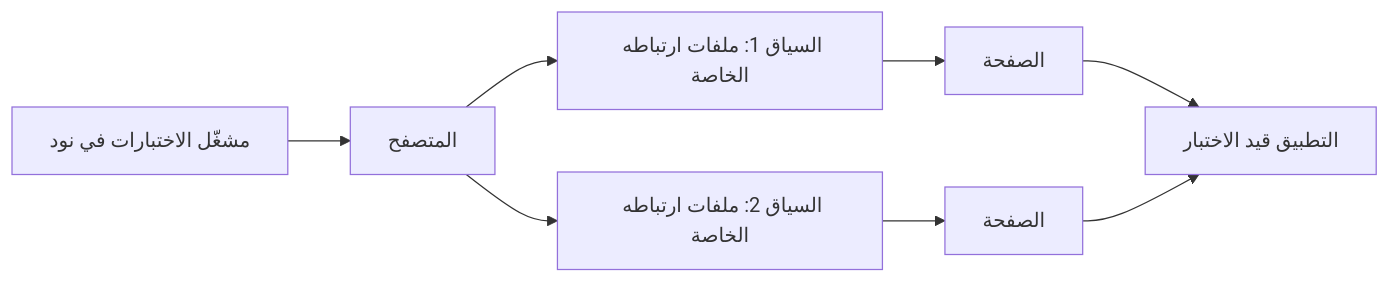
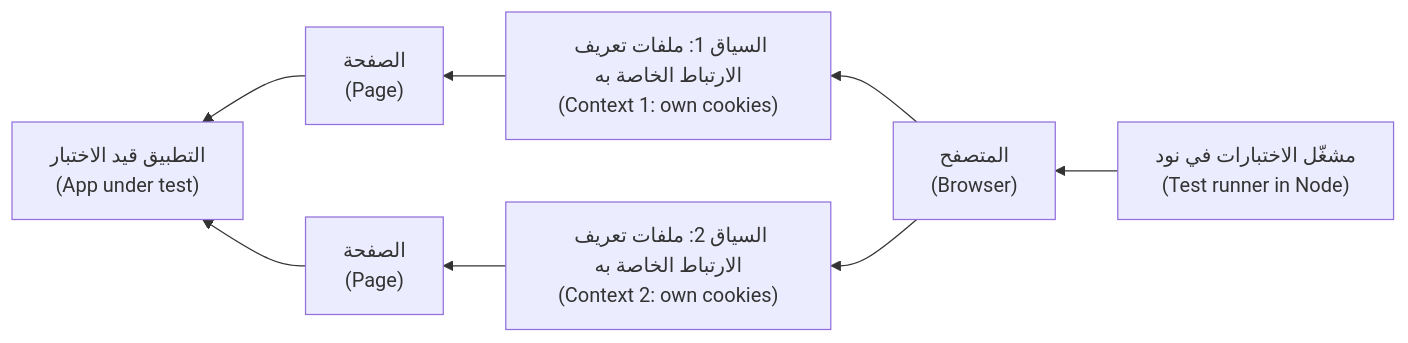
The diagram in testing/modules/03-interfaces.ar.md (Tamoura/system-design-for-vibe-coders), drawn with Mermaid before and after one commit. The commit also changed other lines of this file and 39 other files, not shown here.

````diff
--- a/testing/modules/03-interfaces.ar.md
+++ b/testing/modules/03-interfaces.ar.md
@@ -460,10 +460,10 @@
 ```mermaid
-flowchart LR
-    R["مشغّل الاختبارات في نود"] --> B["المتصفح"]
-    B --> C1["السياق 1: ملفات ارتباطه الخاصة"]
-    B --> C2["السياق 2: ملفات ارتباطه الخاصة"]
-    C1 --> P1["الصفحة"]
-    C2 --> P2["الصفحة"]
-    P1 --> S["التطبيق قيد الاختبار"]
+flowchart RL
+    R["مشغّل الاختبارات في نود<br/>(Test runner in Node)"] --> B["المتصفح<br/>(Browser)"]
+    B --> C1["السياق 1: ملفات تعريف الارتباط الخاصة به<br/>(Context 1: own cookies)"]
+    B --> C2["السياق 2: ملفات تعريف الارتباط الخاصة به<br/>(Context 2: own cookies)"]
+    C1 --> P1["الصفحة<br/>(Page)"]
+    C2 --> P2["الصفحة<br/>(Page)"]
+    P1 --> S["التطبيق قيد الاختبار<br/>(App under test)"]
     P2 --> S
 ```
````
